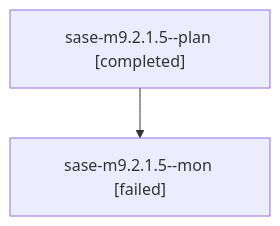
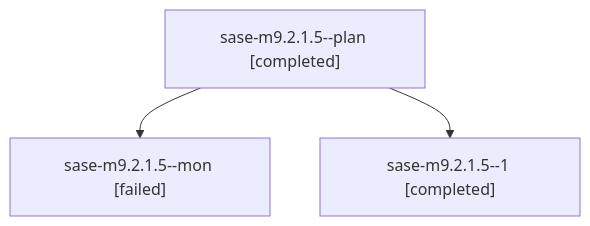
The diagram in families/bbugyi200.athena.sase-m9.2.1.5.md (sase-org/sase--agents), drawn with Mermaid before and after one commit. The commit also changed other lines of this file and 128 other files, not shown here.

````diff
--- a/families/bbugyi200.athena.sase-m9.2.1.5.md
+++ b/families/bbugyi200.athena.sase-m9.2.1.5.md
@@ -9,6 +9,8 @@
 ```mermaid
 flowchart TD
   n0["sase-m9.2.1.5--plan [completed]"]
   n1["sase-m9.2.1.5--mon [failed]"]
   n0 --> n1
+  n2["sase-m9.2.1.5--1 [completed]"]
+  n0 --> n2
 ```
````
